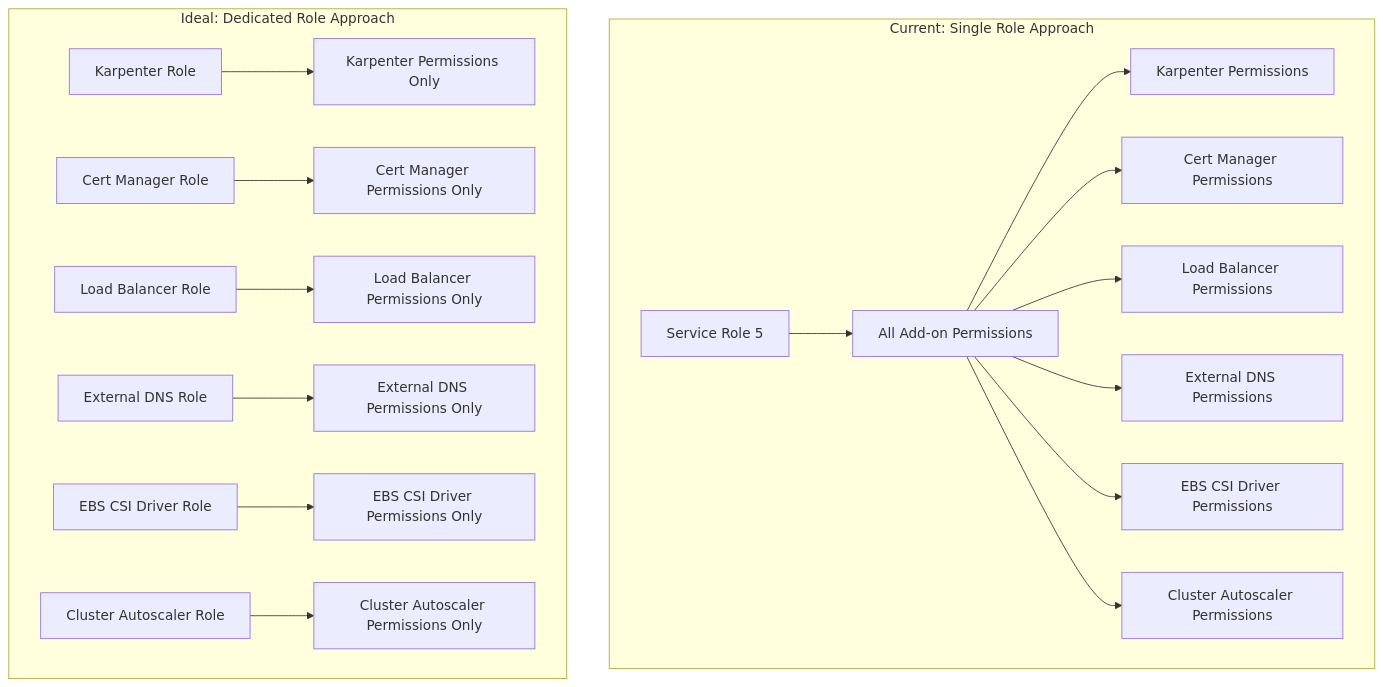
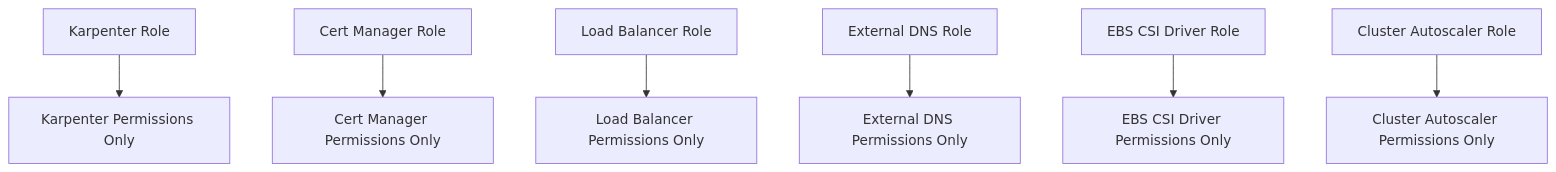
The fourth of 6 diagrams in iam-restrictions.md (chiranj/eks), drawn with Mermaid before and after one commit. The commit also changed other lines of this file, not shown here.

````diff
--- a/iam-restrictions.md
+++ b/iam-restrictions.md
@@ -79,21 +94,9 @@
 ```mermaid
 graph TD
-    subgraph "Current: Single Role Approach"
-        SR5[Service Role 5] --> ALL[All Add-on Permissions]
-        ALL --> P1[Karpenter Permissions]
-        ALL --> P2[Cert Manager Permissions]
-        ALL --> P3[Load Balancer Permissions]
-        ALL --> P4[External DNS Permissions]
-        ALL --> P5[EBS CSI Driver Permissions]
-        ALL --> P6[Cluster Autoscaler Permissions]
-    end
-    
-    subgraph "Ideal: Dedicated Role Approach"
-        K[Karpenter Role] --> KP[Karpenter Permissions Only]
-        C[Cert Manager Role] --> CP[Cert Manager Permissions Only]
-        L[Load Balancer Role] --> LP[Load Balancer Permissions Only]
-        E[External DNS Role] --> EP[External DNS Permissions Only]
-        EB[EBS CSI Driver Role] --> EBP[EBS CSI Driver Permissions Only]
-        CA[Cluster Autoscaler Role] --> CAP[Cluster Autoscaler Permissions Only]
-    end
+    K[Karpenter Role] --> KP[Karpenter Permissions Only]
+    C[Cert Manager Role] --> CP[Cert Manager Permissions Only]
+    L[Load Balancer Role] --> LP[Load Balancer Permissions Only]
+    E[External DNS Role] --> EP[External DNS Permissions Only]
+    EB[EBS CSI Driver Role] --> EBP[EBS CSI Driver Permissions Only]
+    CA[Cluster Autoscaler Role] --> CAP[Cluster Autoscaler Permissions Only]
 ```
````
